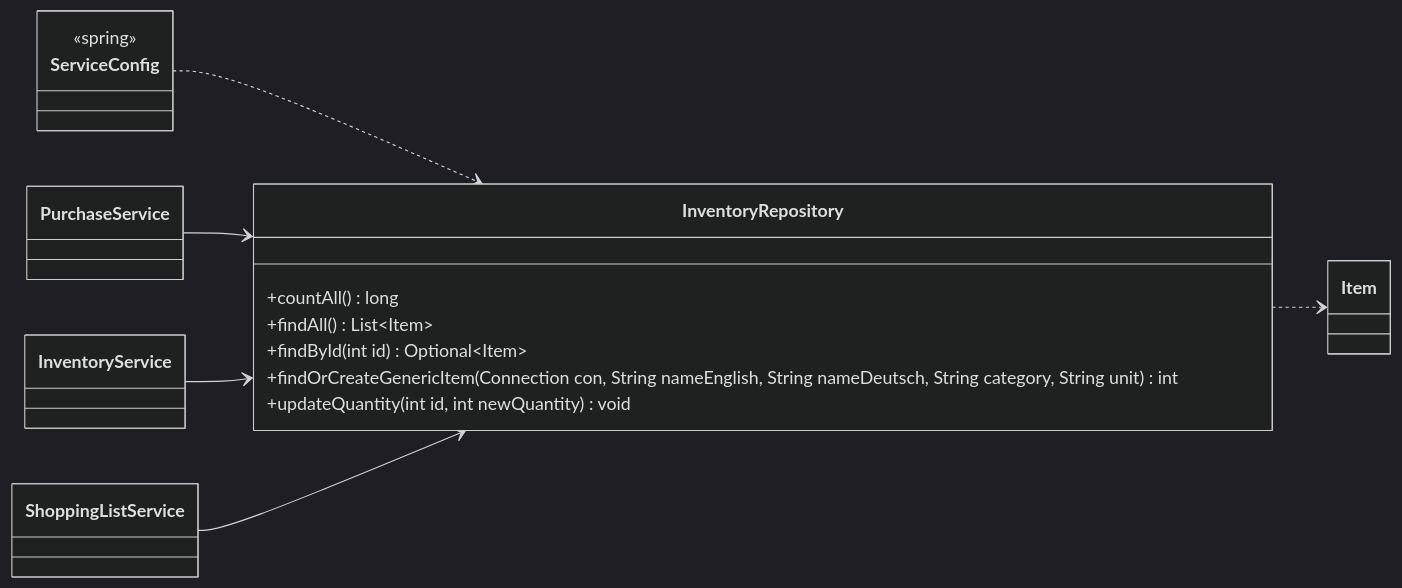
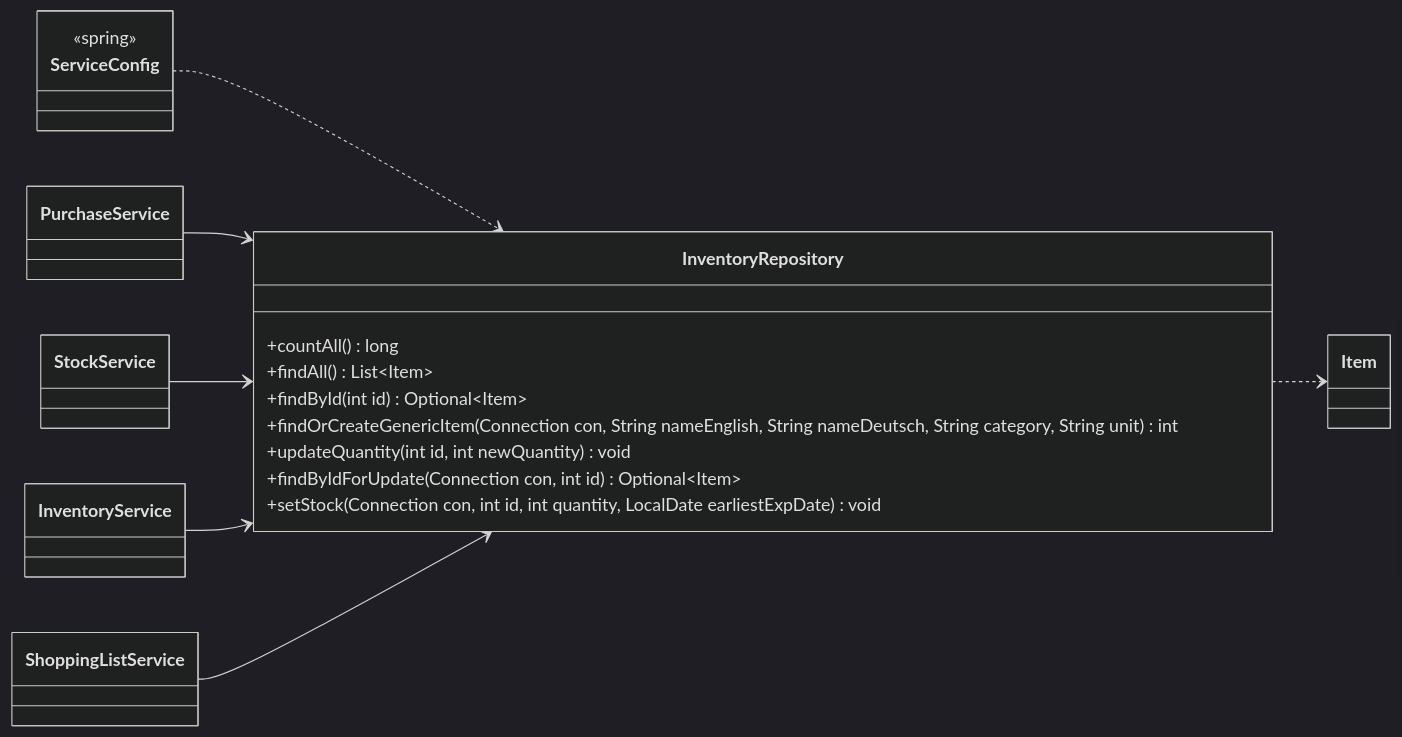
One commit to Nate-ryan-7690/dahaem changed the second of 4 diagrams in docs/classes/inventory.md. Above: the diagram before and after it, drawn with Mermaid (dark theme). The commit also changed other lines of this file and 5 other files, not shown here.

````diff
--- a/docs/classes/inventory.md
+++ b/docs/classes/inventory.md
@@ -37,23 +37,27 @@
 ```mermaid
 classDiagram
     direction LR
     class inventory_InventoryRepository["InventoryRepository"] {
         +countAll() long
         +findAll() List~Item~
         +findById(int id) Optional~Item~
         +findOrCreateGenericItem(Connection con, String nameEnglish, String nameDeutsch, String category, String unit) int
         +updateQuantity(int id, int newQuantity) void
+        +findByIdForUpdate(Connection con, int id) Optional~Item~
+        +setStock(Connection con, int id, int quantity, LocalDate earliestExpDate) void
     }
     class finance_PurchaseService["PurchaseService"]
+    class finance_StockService["StockService"]
     class inventory_InventoryService["InventoryService"]
     class shopping_ShoppingListService["ShoppingListService"]
     class inventory_Item["Item"]
     class api_ServiceConfig["ServiceConfig"] {
         <<spring>>
     }
     inventory_InventoryRepository ..> inventory_Item
     api_ServiceConfig ..> inventory_InventoryRepository
     finance_PurchaseService --> inventory_InventoryRepository
+    finance_StockService --> inventory_InventoryRepository
     inventory_InventoryService --> inventory_InventoryRepository
     shopping_ShoppingListService --> inventory_InventoryRepository
 ```
````
